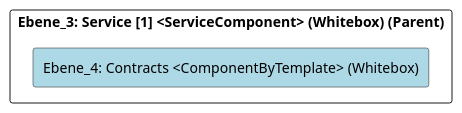
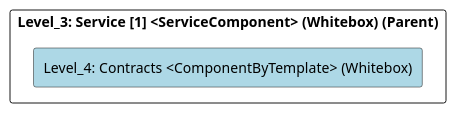
Before and after one commit to marcozwyssig/cleon: the diagram in src/cleon.architecturemethods.arc42.sample/doc/cleon_architecturemethods_arc42_sample_software_microservice/adoc/en/05_building_block_view/microservicesample/servicelayer/service_1/contracts/level_4_contracts.adoc, drawn with PlantUML. The commit also changed other lines of this file and 169 other files, not shown here.

```diff
--- a/src/cleon.architecturemethods.arc42.sample/doc/cleon_architecturemethods_arc42_sample_software_microservice/adoc/en/05_building_block_view/microservicesample/servicelayer/service_1/contracts/level_4_contracts.adoc
+++ b/src/cleon.architecturemethods.arc42.sample/doc/cleon_architecturemethods_arc42_sample_software_microservice/adoc/en/05_building_block_view/microservicesample/servicelayer/service_1/contracts/level_4_contracts.adoc
@@ -20,24 +20,24 @@
-[plantuml, Ebene_4: Contracts <ComponentByTemplate> (Whitebox)BlockOverview, format="svg"]
+[plantuml, Level_4: Contracts <ComponentByTemplate> (Whitebox)BlockOverview, format="svg"]
 ----
-@startuml Ebene_4: Contracts <ComponentByTemplate> (Whitebox)BuildingBlockOverview
+@startuml Level_4: Contracts <ComponentByTemplate> (Whitebox)BuildingBlockOverview
 
 skinparam ranksep 10
 skinparam componentStyle rectangle
 skinparam shadowing false
 skinparam arrowColor lightblue
 skinparam arrowThickness 1.2
 skinparam rectangle {
   BackgroundColor White
   BorderColor #333
   RoundCorner 10
 }
 top to bottom direction
 
-component "Ebene_3: Service [1] <ServiceComponent> (Whitebox) (Parent)" {
-    component "Ebene_4: Contracts <ComponentByTemplate> (Whitebox)" #lightblue {
+component "Level_3: Service [1] <ServiceComponent> (Whitebox) (Parent)" {
+    component "Level_4: Contracts <ComponentByTemplate> (Whitebox)" #lightblue {
     }
 
 }
 
 @enduml
 ----
```
